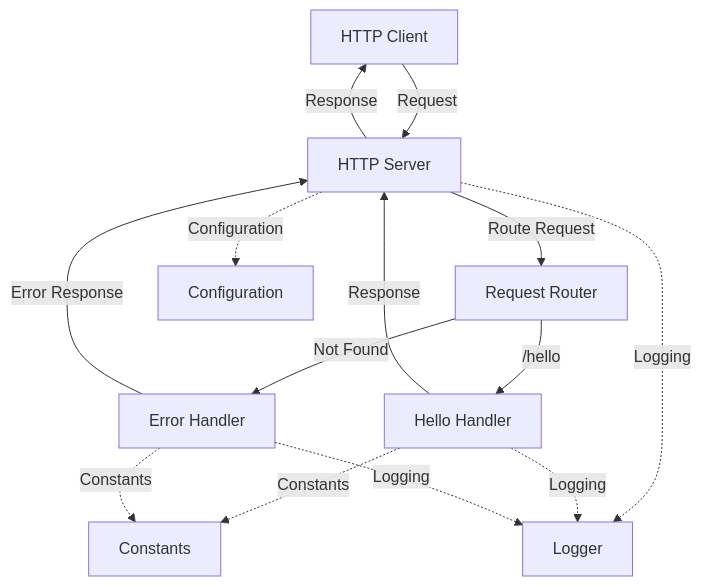
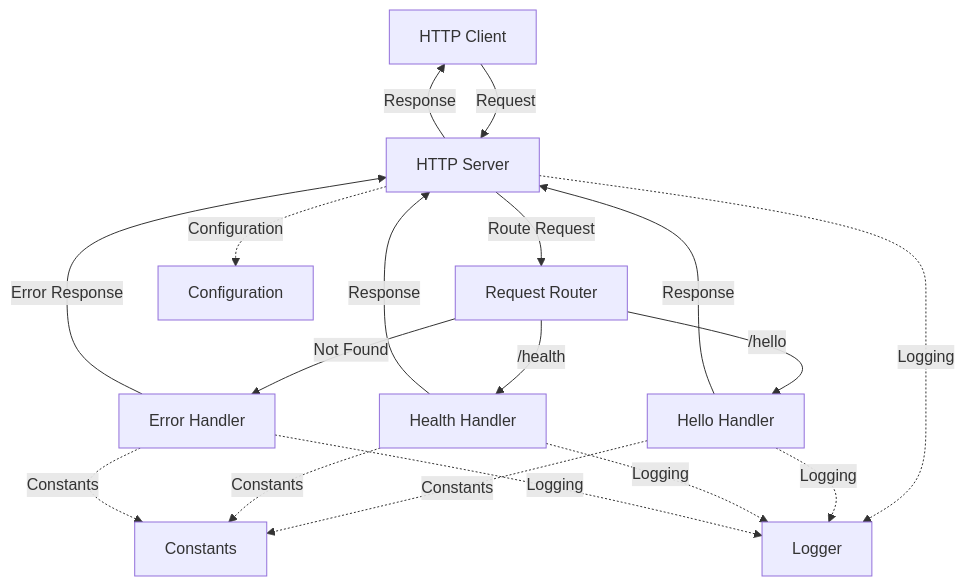
The diagram in README.md (blitzy-public-samples/hao-backprop-test), drawn with Mermaid before and after one commit. The commit also changed other lines of this file, not shown here.

First line of the commit message:
docs: Add /health endpoint documentation to README

````diff
--- a/README.md
+++ b/README.md
@@ -26,17 +26,21 @@
 ```mermaid
 graph TD
     Client[HTTP Client] -->|Request| Server[HTTP Server]
     Server -->|Route Request| Router[Request Router]
     Router -->|/hello| HelloHandler[Hello Handler]
+    Router -->|/health| HealthHandler[Health Handler]
     Router -->|Not Found| ErrorHandler[Error Handler]
     HelloHandler -->|Response| Server
+    HealthHandler -->|Response| Server
     ErrorHandler -->|Error Response| Server
     Server -->|Response| Client
     
     Server -.->|Configuration| Config[Configuration]
     Server -.->|Logging| Logger[Logger]
     HelloHandler -.->|Constants| Constants[Constants]
     HelloHandler -.->|Logging| Logger
+    HealthHandler -.->|Constants| Constants[Constants]
+    HealthHandler -.->|Logging| Logger
     ErrorHandler -.->|Constants| Constants
     ErrorHandler -.->|Logging| Logger
 ```
````
